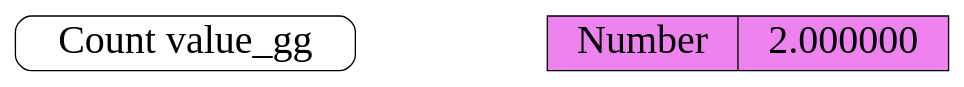
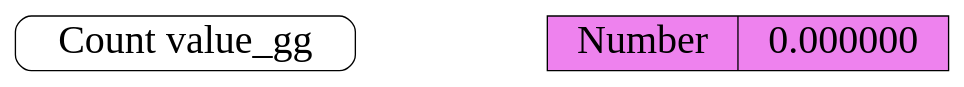
The diagram in dump_dot.dot (lednikita0481/Differenciator), drawn with Graphviz before and after one commit. The commit also changed 32 other files, not shown here.

```diff
--- a/dump_dot.dot
+++ b/dump_dot.dot
@@ -1,8 +1,8 @@
 digraph{
 nodesep = 2;
 splines = "ortho";
 node [ shape=record, style = rounded, fontsize = 30];
-cell_func [label = "Count value_gg"]cell_11 [label = "Number|2.000000"
+cell_func [label = "Count value_gg"]cell_229 [label = "Number|0.000000"
  style = filled
  fillcolor = violet ]
 }
```
